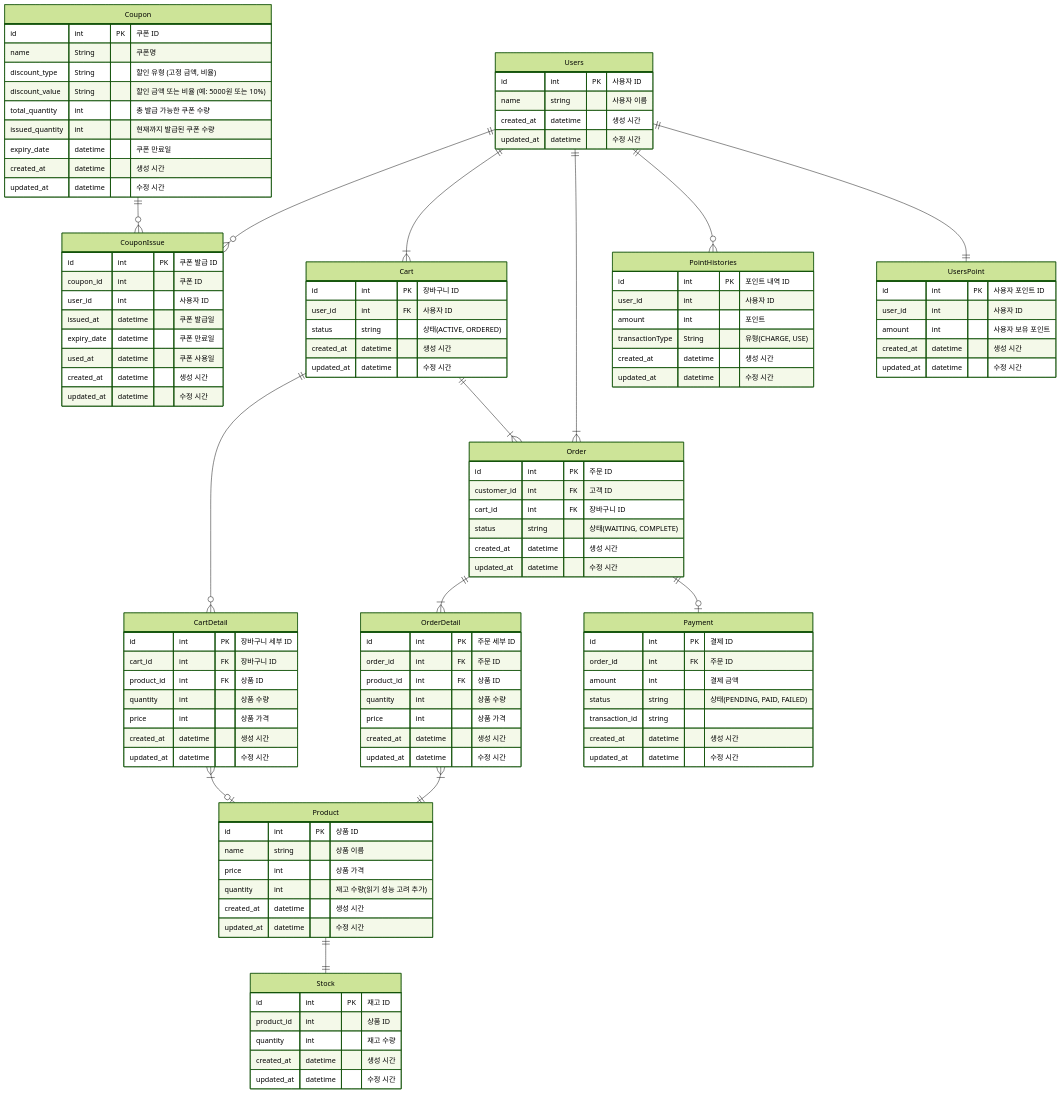
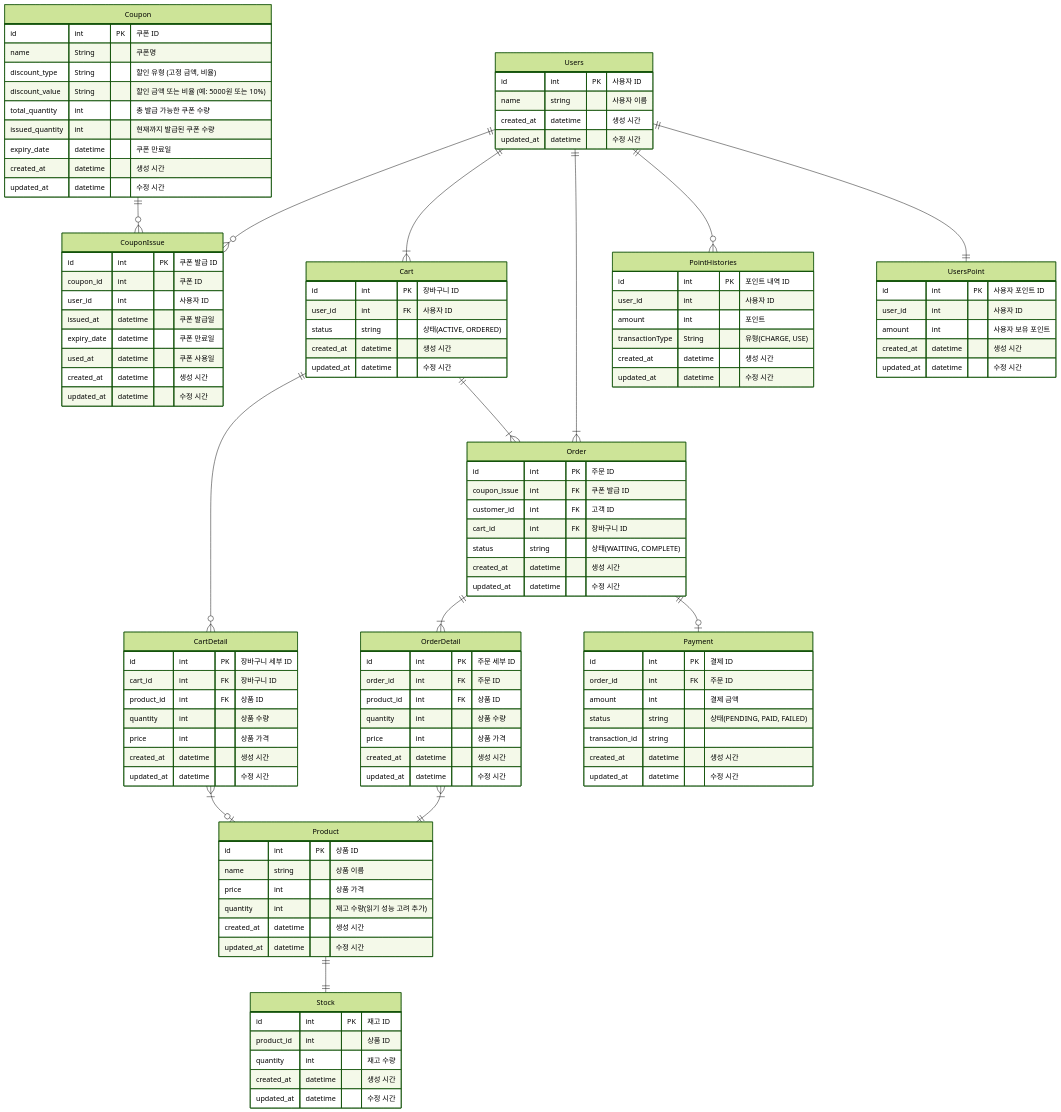
Before and after one commit to jhwon91/ecommerce: the diagram in docs/03.ERD.md, drawn with Mermaid (forest theme).

Commit message:
docs: order erd 수정

```diff
--- a/docs/03.ERD.md
+++ b/docs/03.ERD.md
@@ -87,6 +87,7 @@
 
     Order {
         id int PK "주문 ID"
+        coupon_issue int FK "쿠폰 발급 ID"
         customer_id int FK "고객 ID"
         cart_id int FK "장바구니 ID"
         status string "상태(WAITING, COMPLETE)"
```
